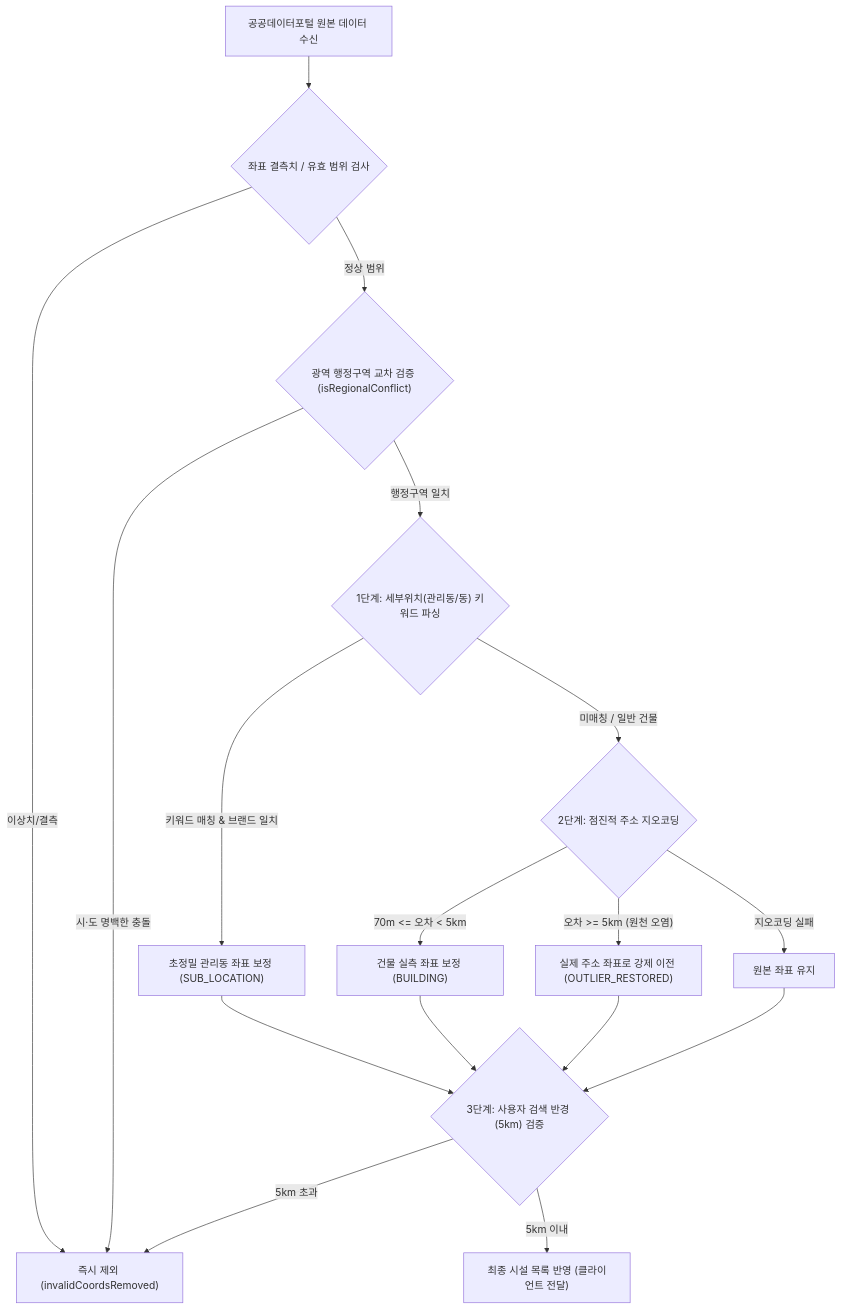
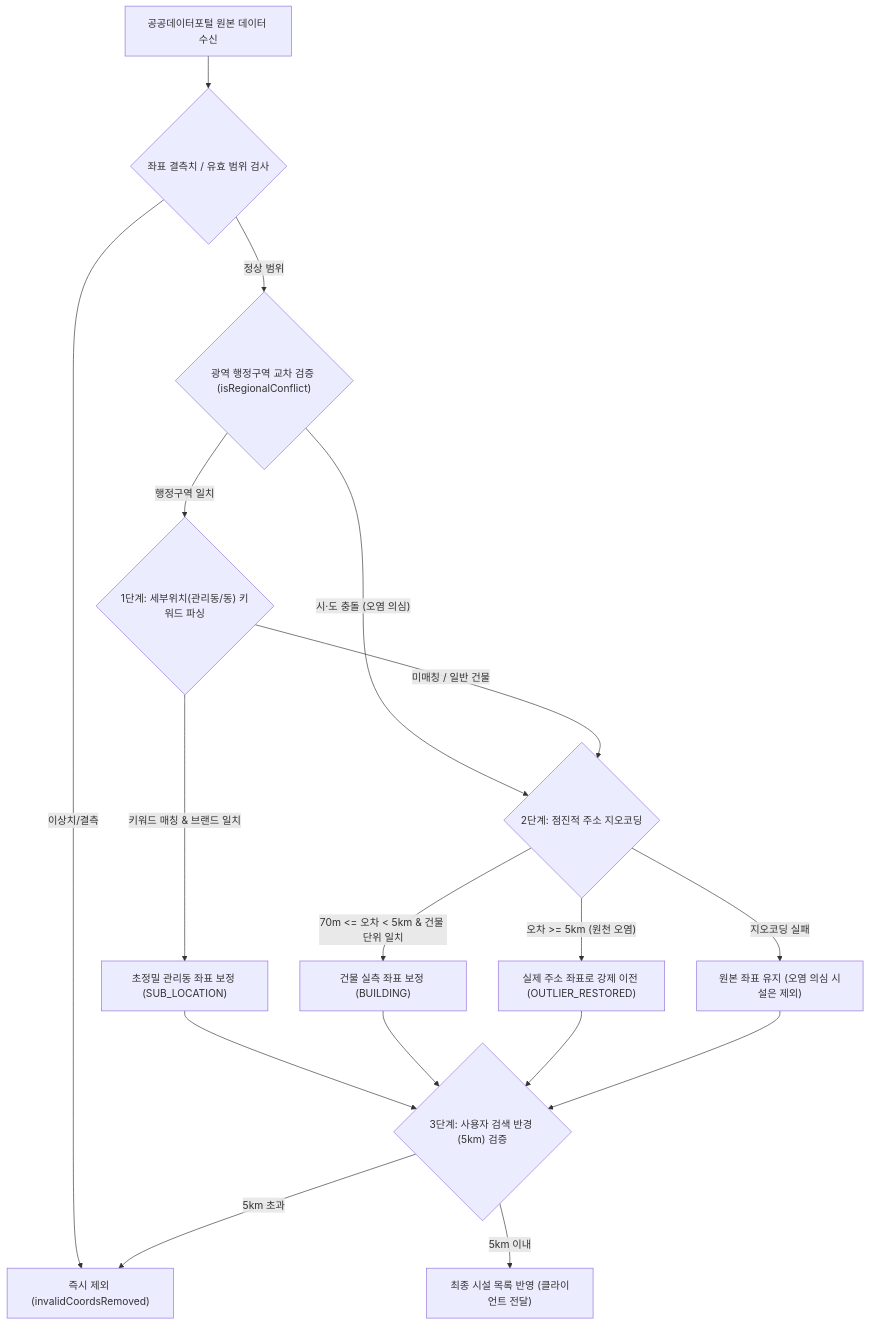
One commit to pierrvel/safemap- changed the diagram in docs/DATA_CALIBRATION.md. Above: the diagram before and after it, drawn with Mermaid. The commit also changed other lines of this file and 9 other files, not shown here.

````diff
--- a/docs/DATA_CALIBRATION.md
+++ b/docs/DATA_CALIBRATION.md
@@ -20,24 +20,24 @@
 ```mermaid
 flowchart TD
     Raw["공공데이터포털 원본 데이터 수신"] --> CoordCheck{"좌표 결측치 / 유효 범위 검사"}
     CoordCheck -- "이상치/결측" --> Drop["즉시 제외 (invalidCoordsRemoved)"]
     CoordCheck -- "정상 범위" --> RegionCheck{"광역 행정구역 교차 검증 (isRegionalConflict)"}
     
-    RegionCheck -- "시·도 명백한 충돌" --> Drop
+    RegionCheck -- "시·도 충돌 (오염 의심)" --> AddrGeo
     RegionCheck -- "행정구역 일치" --> SubGeo{"1단계: 세부위치(관리동/동) 키워드 파싱"}
     
     SubGeo -- "키워드 매칭 & 브랜드 일치" --> CalibSub["초정밀 관리동 좌표 보정 (SUB_LOCATION)"]
     SubGeo -- "미매칭 / 일반 건물" --> AddrGeo{"2단계: 점진적 주소 지오코딩"}
     
-    AddrGeo -- "70m <= 오차 < 5km" --> CalibBld["건물 실측 좌표 보정 (BUILDING)"]
+    AddrGeo -- "70m <= 오차 < 5km & 건물 단위 일치" --> CalibBld["건물 실측 좌표 보정 (BUILDING)"]
     AddrGeo -- "오차 >= 5km (원천 오염)" --> OutlierRest["실제 주소 좌표로 강제 이전 (OUTLIER_RESTORED)"]
-    AddrGeo -- "지오코딩 실패" --> KeepRaw["원본 좌표 유지"]
+    AddrGeo -- "지오코딩 실패" --> KeepRaw["원본 좌표 유지 (오염 의심 시설은 제외)"]
     
     CalibSub --> RadiusCheck{"3단계: 사용자 검색 반경 (5km) 검증"}
     CalibBld --> RadiusCheck
     OutlierRest --> RadiusCheck
     KeepRaw --> RadiusCheck
     
     RadiusCheck -- "5km 이내" --> Pass["최종 시설 목록 반영 (클라이언트 전달)"]
     RadiusCheck -- "5km 초과" --> Drop
 ```
````
